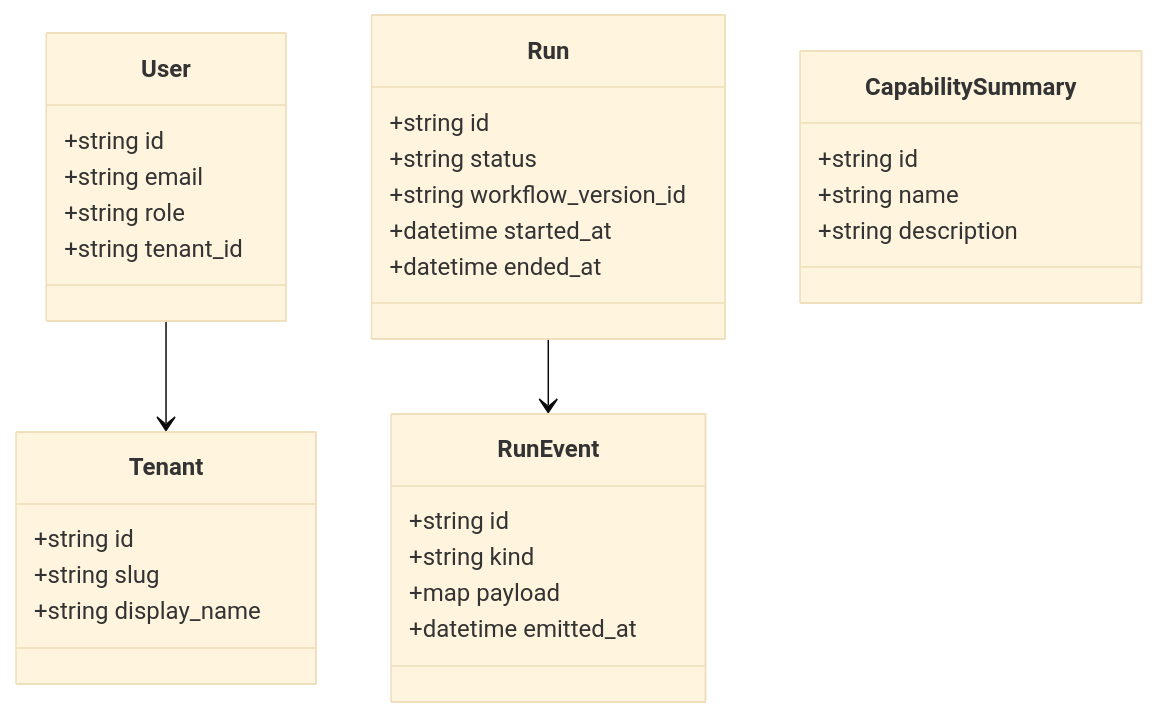
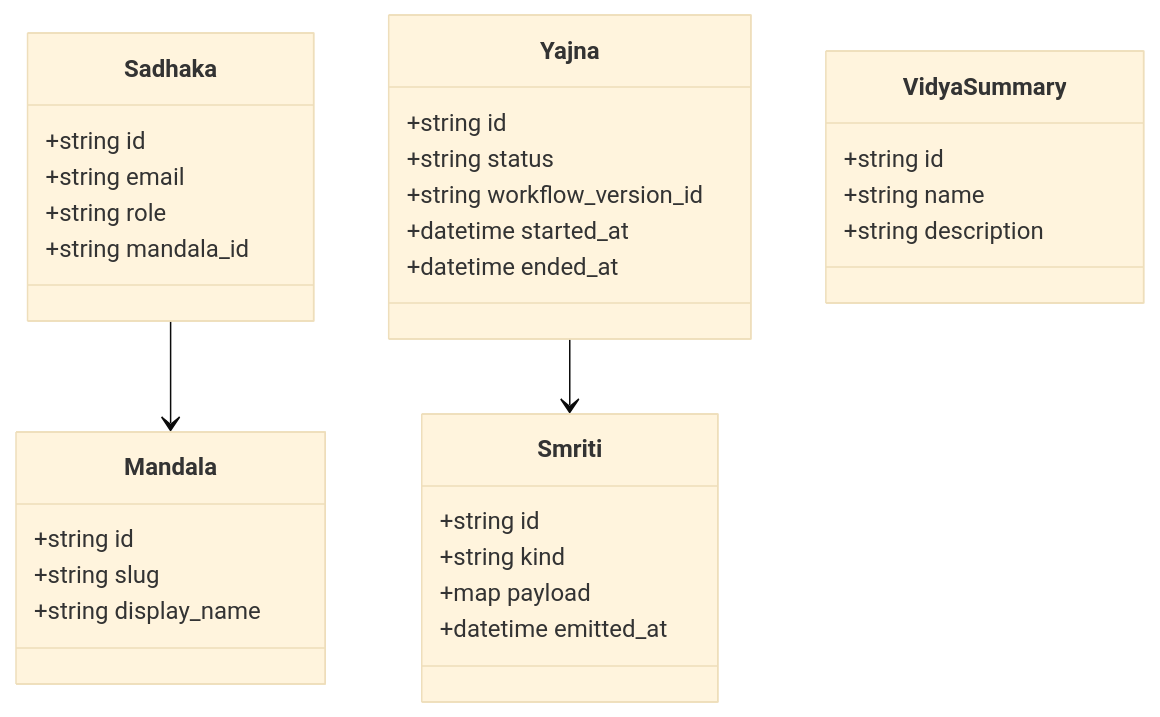
The eighth of 8 diagrams in documentation/src/04-Frontend-Architecture.md (so-weak/Aakaar), drawn with Mermaid (base theme) before and after one commit. The commit also changed other lines of this file and 56 other files, not shown here.

````diff
--- a/documentation/src/04-Frontend-Architecture.md
+++ b/documentation/src/04-Frontend-Architecture.md
@@ -231,34 +231,34 @@
 ```mermaid
 classDiagram
-  class User {
+  class Sadhaka {
     +string id
     +string email
     +string role
-    +string tenant_id
+    +string mandala_id
   }
-  class Tenant {
+  class Mandala {
     +string id
     +string slug
     +string display_name
   }
-  class Run {
+  class Yajna {
     +string id
     +string status
     +string workflow_version_id
     +datetime started_at
     +datetime ended_at
   }
-  class RunEvent {
+  class Smriti {
     +string id
     +string kind
     +map payload
     +datetime emitted_at
   }
-  class CapabilitySummary {
+  class VidyaSummary {
     +string id
     +string name
     +string description
   }
-  User --> Tenant
-  Run --> RunEvent
+  Sadhaka --> Mandala
+  Yajna --> Smriti
 ```
````
